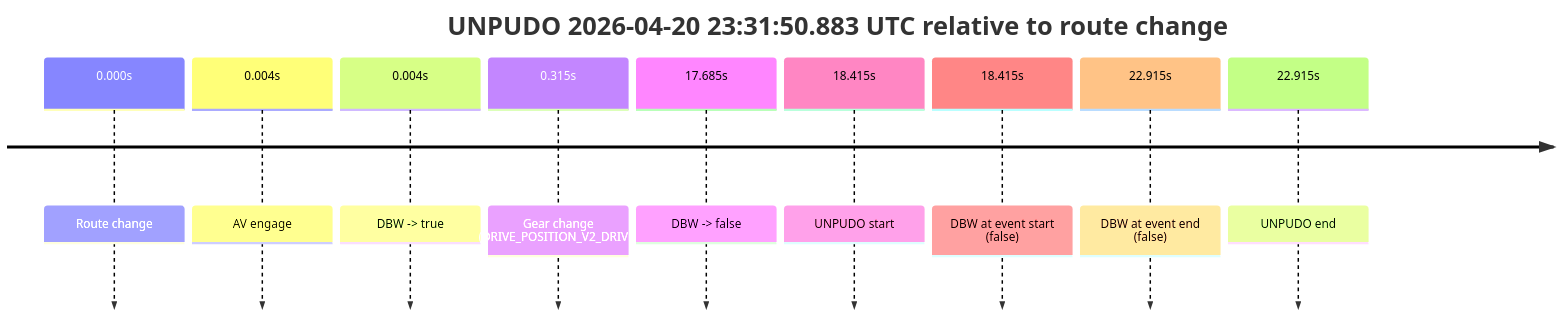
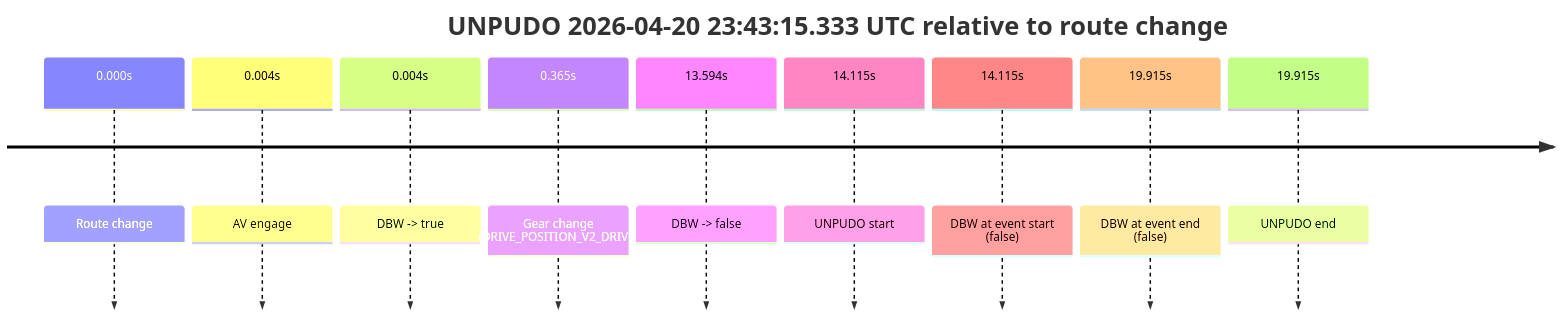
Before and after one commit to yoelshapiro/vault: the diagram in model_analysis/report_cards/2026/04/Week-4/fme10010--2026-04-20--22-24-22--gen2-av-ea132a67-4823-4b83-bf42-8784f70d9b1f.md, drawn with Mermaid. The commit also changed other lines of this file and 36 other files, not shown here.

````diff
--- a/model_analysis/report_cards/2026/04/Week-4/fme10010--2026-04-20--22-24-22--gen2-av-ea132a67-4823-4b83-bf42-8784f70d9b1f.md
+++ b/model_analysis/report_cards/2026/04/Week-4/fme10010--2026-04-20--22-24-22--gen2-av-ea132a67-4823-4b83-bf42-8784f70d9b1f.md
@@ -42,13 +42,13 @@
 ```mermaid
 timeline
-    title UNPUDO 2026-04-20 23:31:50.883 UTC relative to route change
+    title UNPUDO 2026-04-20 23:43:15.333 UTC relative to route change
     0.000s : Route change
     0.004s : AV engage
     0.004s : DBW -> true
-    0.315s : Gear change (DRIVE_POSITION_V2_DRIVE)
-    17.685s : DBW -> false
-    18.415s : UNPUDO start
-    18.415s : DBW at event start (false)
-    22.915s : DBW at event end (false)
-    22.915s : UNPUDO end
+    0.365s : Gear change (DRIVE_POSITION_V2_DRIVE)
+    13.594s : DBW -> false
+    14.115s : UNPUDO start
+    14.115s : DBW at event start (false)
+    19.915s : DBW at event end (false)
+    19.915s : UNPUDO end
 ```
````
